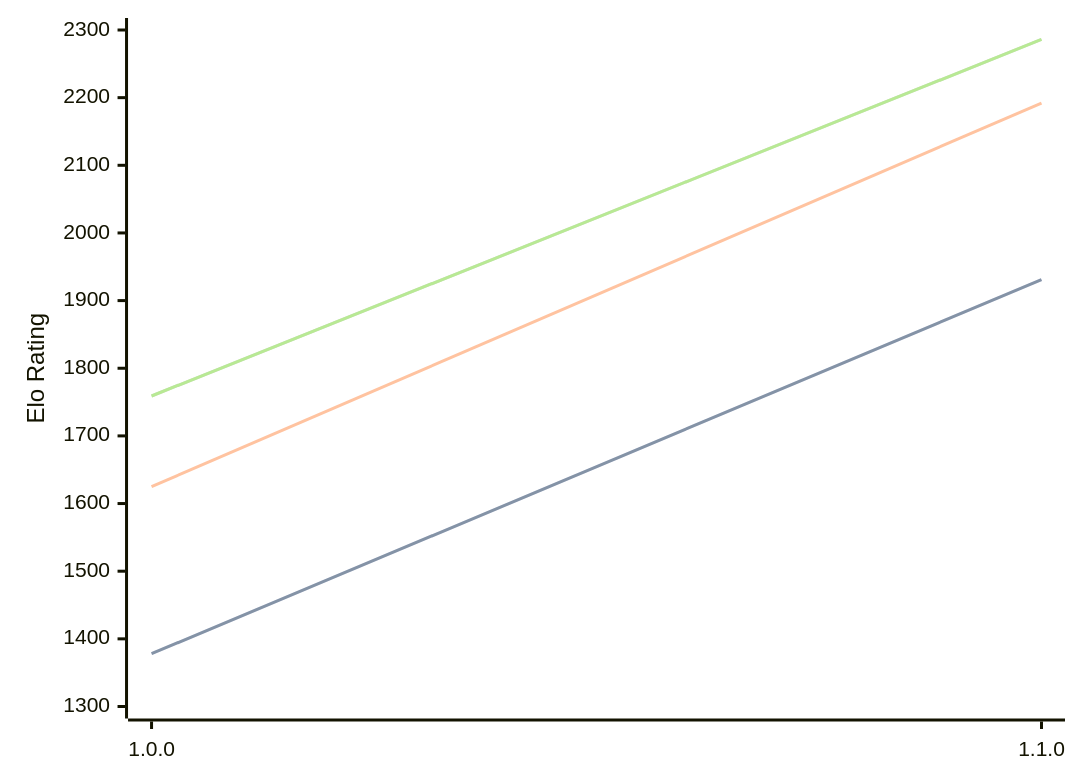
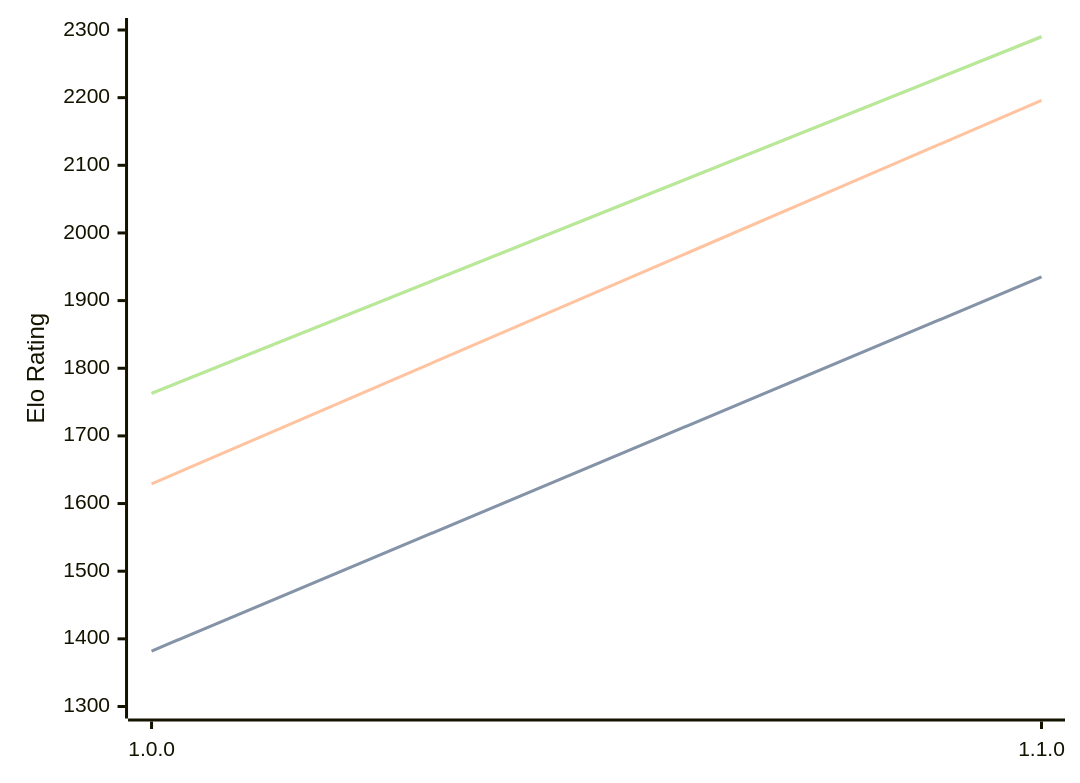
Before and after one commit to computer-chess-index/cci: the diagram in engines/Akerbeltz.md, drawn with Mermaid. The commit also changed other lines of this file, not shown here.

Commit message:
Update CCI Ratings (ELO VLTC) - 2026-08-18

````diff
--- a/engines/Akerbeltz.md
+++ b/engines/Akerbeltz.md
@@ -32,11 +32,11 @@
 ```mermaid
 %%{init: {"theme":"base","themeVariables":{"seriesColors:['#a3a3a3','#222221','#faa371']}}}%%
 xychart-beta
   x-axis ["1.0.0", "1.1.0"]
   y-axis "Elo Rating" 1300 --> 2300
-  line "STC (8.0+0.08s)" [1378, 1931]
-  line "STC (8.0+0.08s)" [1378, 1931]
-  line "LTC (60.0+0.60s)" [1625, 2192]
-  line "VLTC (2m24s+1.12s)" [1759, 2286]
-  line "VLTC (2m24s+1.12s)" [1759, 2286]
+  line "STC (8.0+0.08s)" [1382, 1935]
+  line "STC (8.0+0.08s)" [1382, 1935]
+  line "LTC (60.0+0.60s)" [1629, 2196]
+  line "VLTC (2m24s+1.12s)" [1763, 2290]
+  line "VLTC (2m24s+1.12s)" [1763, 2290]
 ```
````
